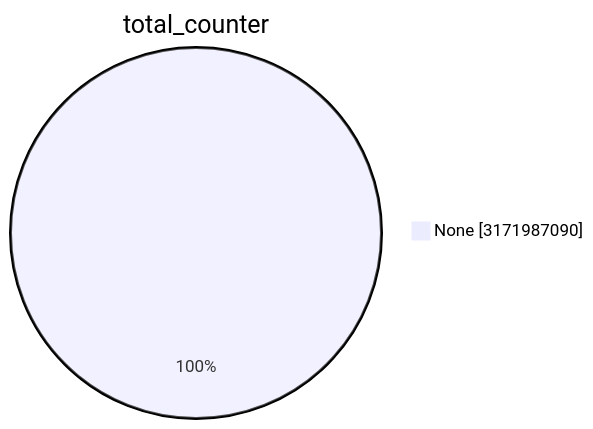
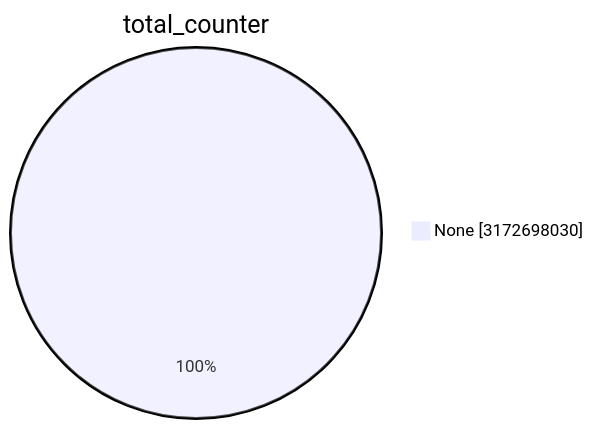
The first of 15 diagrams in TOTAL/README.md (christiankrug/ctmonitor_visualization), drawn with Mermaid before and after one commit. The commit also changed other lines of this file, not shown here.

````diff
--- a/TOTAL/README.md
+++ b/TOTAL/README.md
@@ -1,5 +1,5 @@
 ```mermaid
 pie showData
 title total_counter
-"None" :3171987090
+"None" :3172698030
 ```
````
